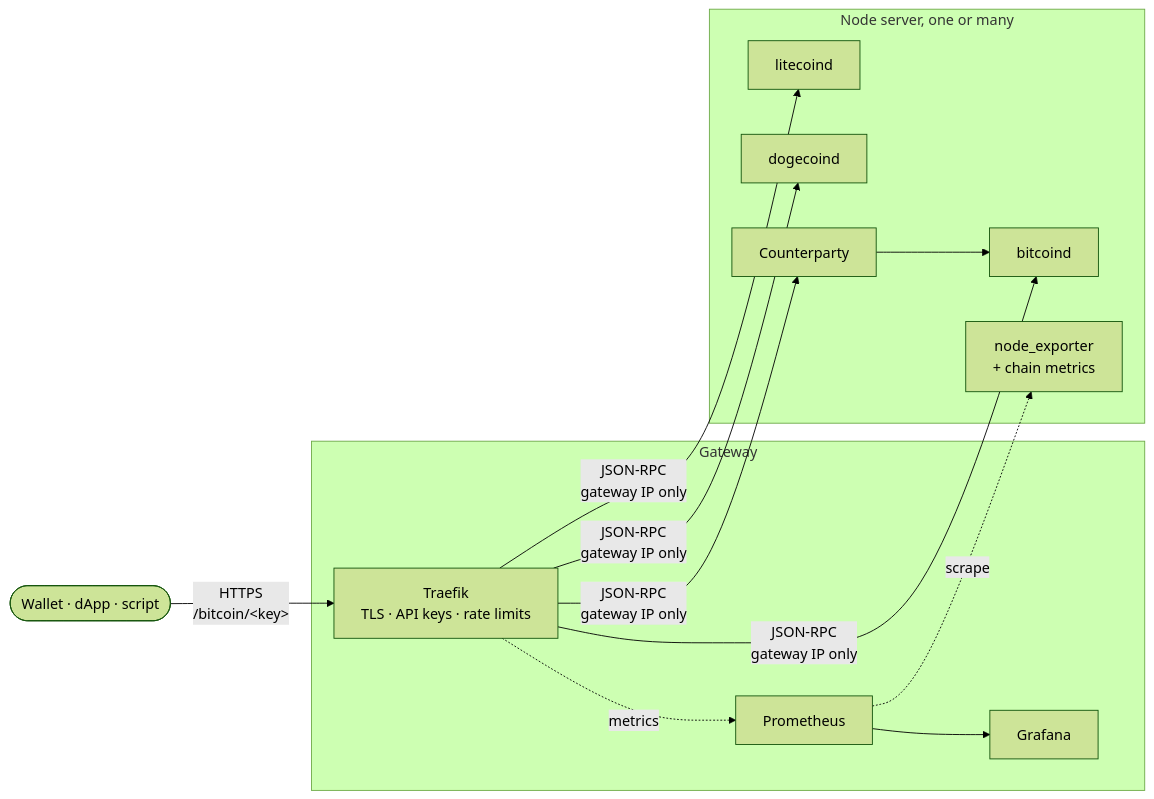
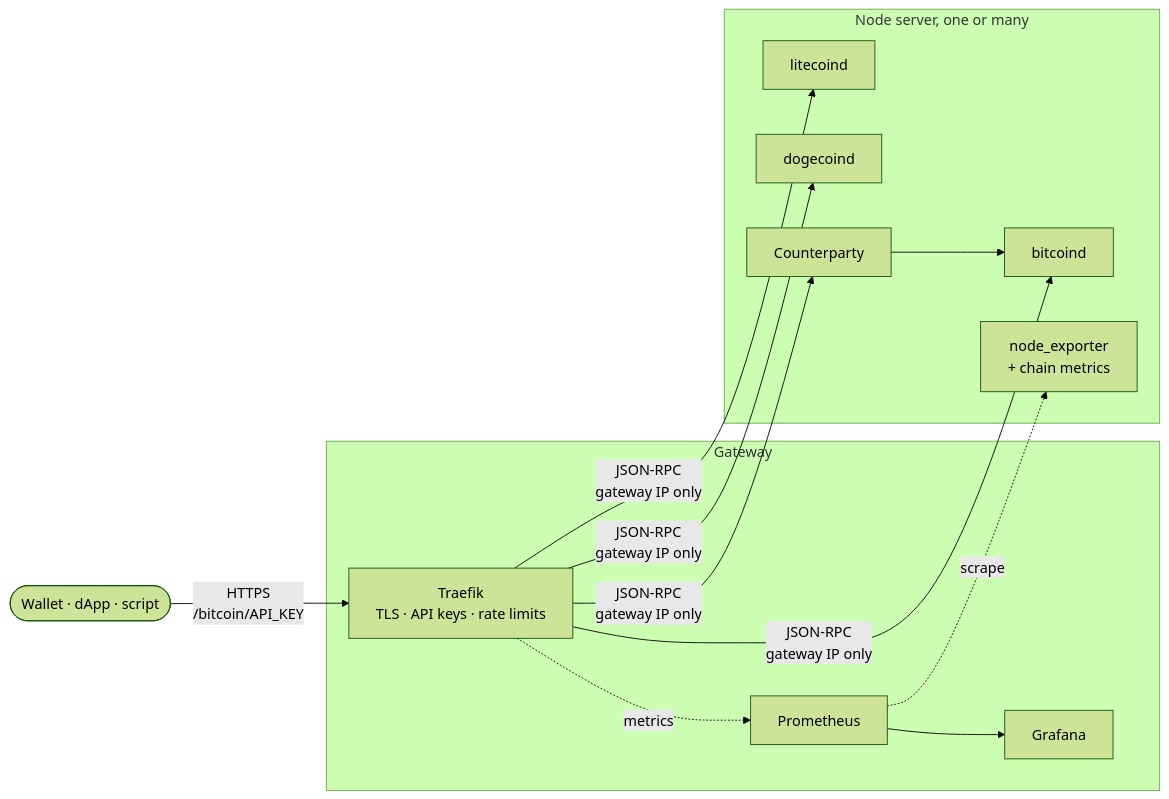
Before and after one commit to criptografia-app/RPC-automation: the diagram in README.md, drawn with Mermaid (forest theme).

Commit message:
README: show the API key in the diagram label

````diff
--- a/README.md
+++ b/README.md
@@ -115,18 +115,18 @@
 ```mermaid
 flowchart LR
-    client([Wallet · dApp · script]) -- "HTTPS<br>/bitcoin/&lt;key&gt;" --> traefik
+    client([Wallet · dApp · script]) -- "HTTPS<br>/bitcoin/API_KEY" --> traefik
     subgraph gw [Gateway]
         traefik[Traefik<br>TLS · API keys · rate limits]
         prom[Prometheus] --> graf[Grafana]
     end
     subgraph node [Node server, one or many]
         btc[bitcoind]
         ltc[litecoind]
         doge[dogecoind]
         xcp[Counterparty] --> btc
         nx[node_exporter<br>+ chain metrics]
     end
     traefik -- "JSON-RPC<br>gateway IP only" --> btc & ltc & doge & xcp
     prom -. scrape .-> nx
     traefik -. metrics .-> prom
 ```
````
